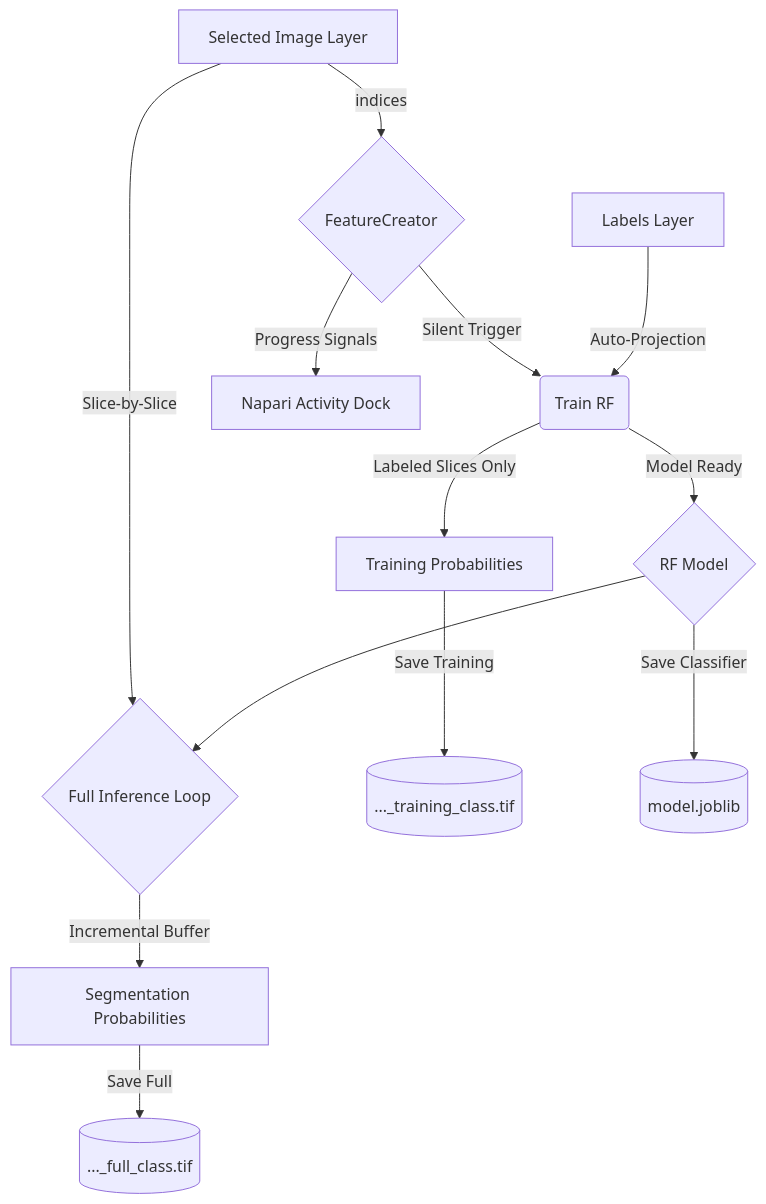
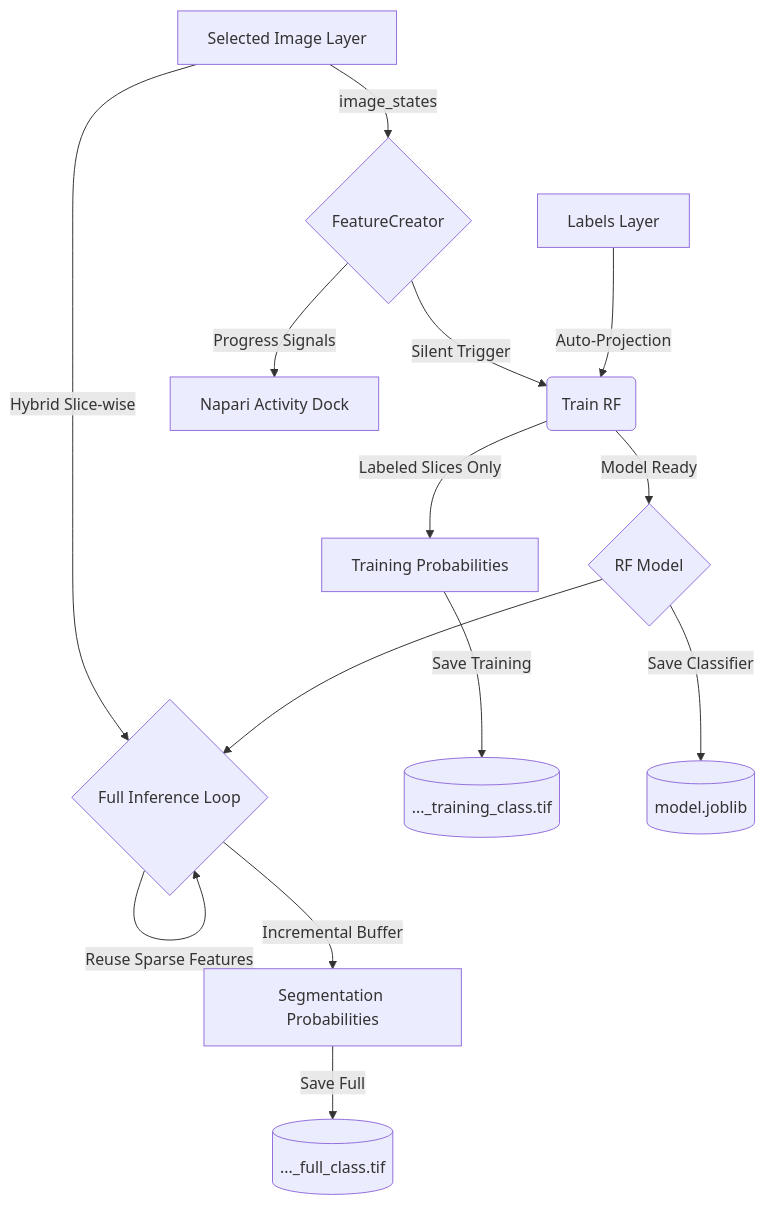
One commit to chuyaowang/napari-rf changed the diagram in docs/wiki/Architecture.md. Above: the diagram before and after it, drawn with Mermaid. The commit also changed other lines of this file and 2 other files, not shown here.

First line of the commit message:
docs: update GEMINI.md and Code Wiki to reflect new state management architecture

````diff
--- a/docs/wiki/Architecture.md
+++ b/docs/wiki/Architecture.md
@@ -30,19 +30,20 @@
 ```mermaid
 graph TD
-    A[Selected Image Layer] -->|indices| B{FeatureCreator}
+    A[Selected Image Layer] -->|image_states| B{FeatureCreator}
     B -->|Silent Trigger| C(Train RF)
     B -->|Progress Signals| G[Napari Activity Dock]
     
     L[Labels Layer] -->|Auto-Projection| C
     C -->|Labeled Slices Only| TP[Training Probabilities]
     
     C -->|Model Ready| D{RF Model}
     
-    A -->|Slice-by-Slice| E{Full Inference Loop}
+    A -->|Hybrid Slice-wise| E{Full Inference Loop}
     D --> E
+    E -->|Reuse Sparse Features| E
     E -->|Incremental Buffer| SP[Segmentation Probabilities]
     
     TP -->|Save Training| H[(..._training_class.tif)]
     SP -->|Save Full| I[(..._full_class.tif)]
     D -->|Save Classifier| J[(model.joblib)]
 ```
````
